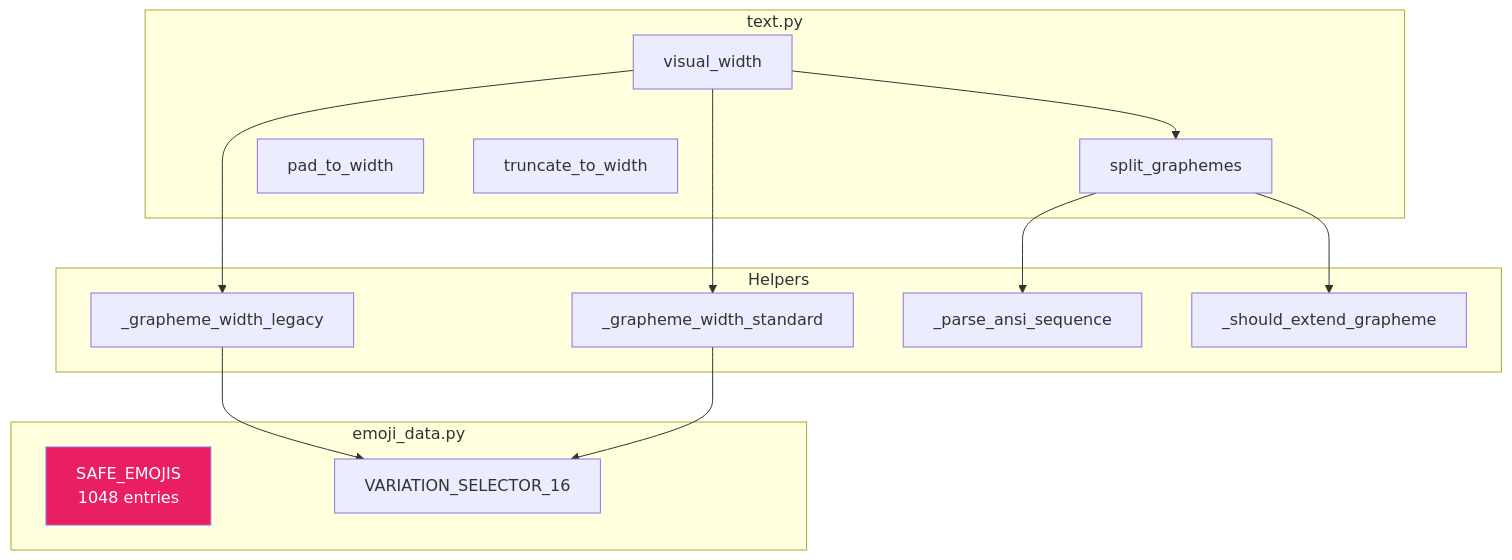
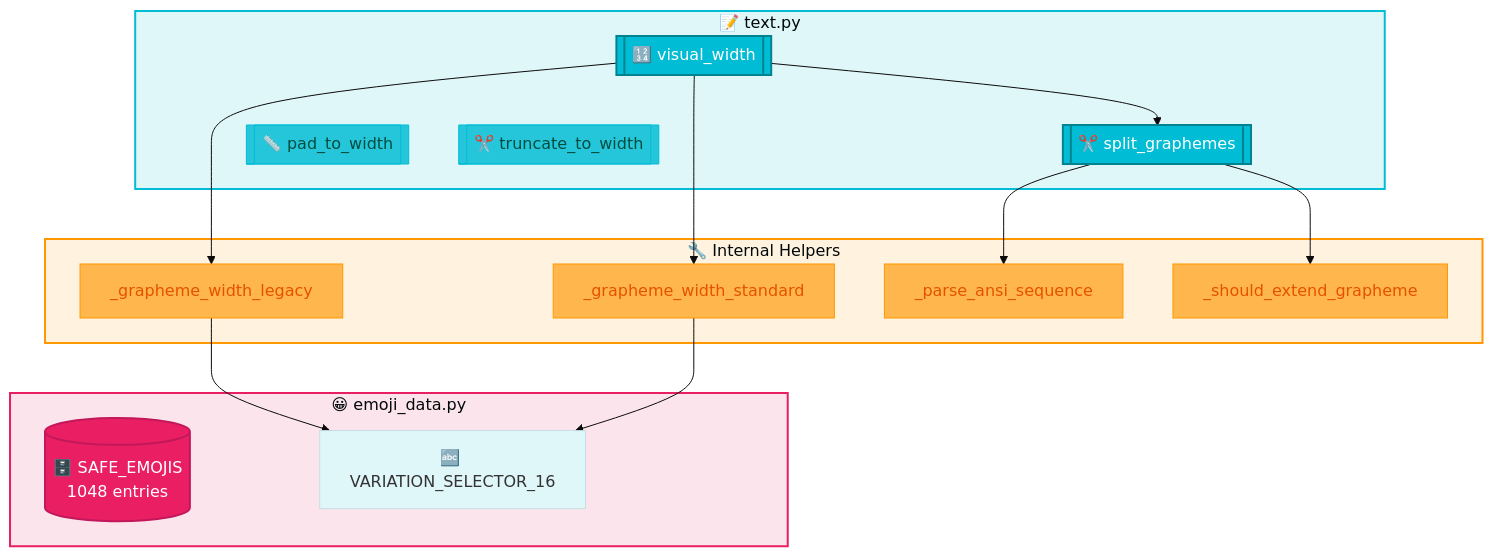
One commit to ksokolowski/StyledConsole changed the eighth of 11 diagrams in docs/DEVELOPER_GUIDE.md. Above: the diagram before and after it, drawn with Mermaid. The commit also changed other lines of this file, not shown here.

Commit message:
docs: enhance Mermaid diagrams with colors, emojis, and Material Design styling

````diff
--- a/docs/DEVELOPER_GUIDE.md
+++ b/docs/DEVELOPER_GUIDE.md
@@ -440,31 +522,44 @@
 ```mermaid
+%%{init: {'theme': 'base', 'themeVariables': { 'primaryColor': '#E0F7FA'}}}%%
 flowchart TB
-    subgraph text.py
-        VW[visual_width]
-        SG[split_graphemes]
-        PTW[pad_to_width]
-        TTW[truncate_to_width]
+    subgraph text.py["📝 text.py"]
+        VW[["🔢 visual_width"]]
+        SG[["✂️ split_graphemes"]]
+        PTW[["📏 pad_to_width"]]
+        TTW[["✂️ truncate_to_width"]]
     end
 
-    subgraph Helpers
+    subgraph Helpers["🔧 Internal Helpers"]
         GWL[_grapheme_width_legacy]
         GWS[_grapheme_width_standard]
         PAS[_parse_ansi_sequence]
         SEG[_should_extend_grapheme]
     end
 
-    subgraph emoji_data.py
-        SE[SAFE_EMOJIS<br/>1048 entries]
-        VS16[VARIATION_SELECTOR_16]
+    subgraph emoji_data.py["😀 emoji_data.py"]
+        SE[(🗄️ SAFE_EMOJIS<br/>1048 entries)]
+        VS16[🔤 VARIATION_SELECTOR_16]
     end
 
     VW --> SG
     VW --> GWL
     VW --> GWS
     SG --> PAS
     SG --> SEG
     GWL --> VS16
     GWS --> VS16
 
-    style SE fill:#E91E63,color:#fff
+    style text.py fill:#E0F7FA,stroke:#00BCD4,stroke-width:2px
+    style Helpers fill:#FFF3E0,stroke:#FF9800,stroke-width:2px
+    style emoji_data.py fill:#FCE4EC,stroke:#E91E63,stroke-width:2px
+
+    style VW fill:#00BCD4,color:#fff,stroke:#00838F,stroke-width:2px
+    style SG fill:#00BCD4,color:#fff,stroke:#00838F,stroke-width:2px
+    style PTW fill:#26C6DA,color:#004D40,stroke:#00BCD4
+    style TTW fill:#26C6DA,color:#004D40,stroke:#00BCD4
+    style SE fill:#E91E63,color:#fff,stroke:#C2185B,stroke-width:2px
+    style GWL fill:#FFB74D,color:#E65100,stroke:#FF9800
+    style GWS fill:#FFB74D,color:#E65100,stroke:#FF9800
+    style PAS fill:#FFB74D,color:#E65100,stroke:#FF9800
+    style SEG fill:#FFB74D,color:#E65100,stroke:#FF9800
 ```
````
